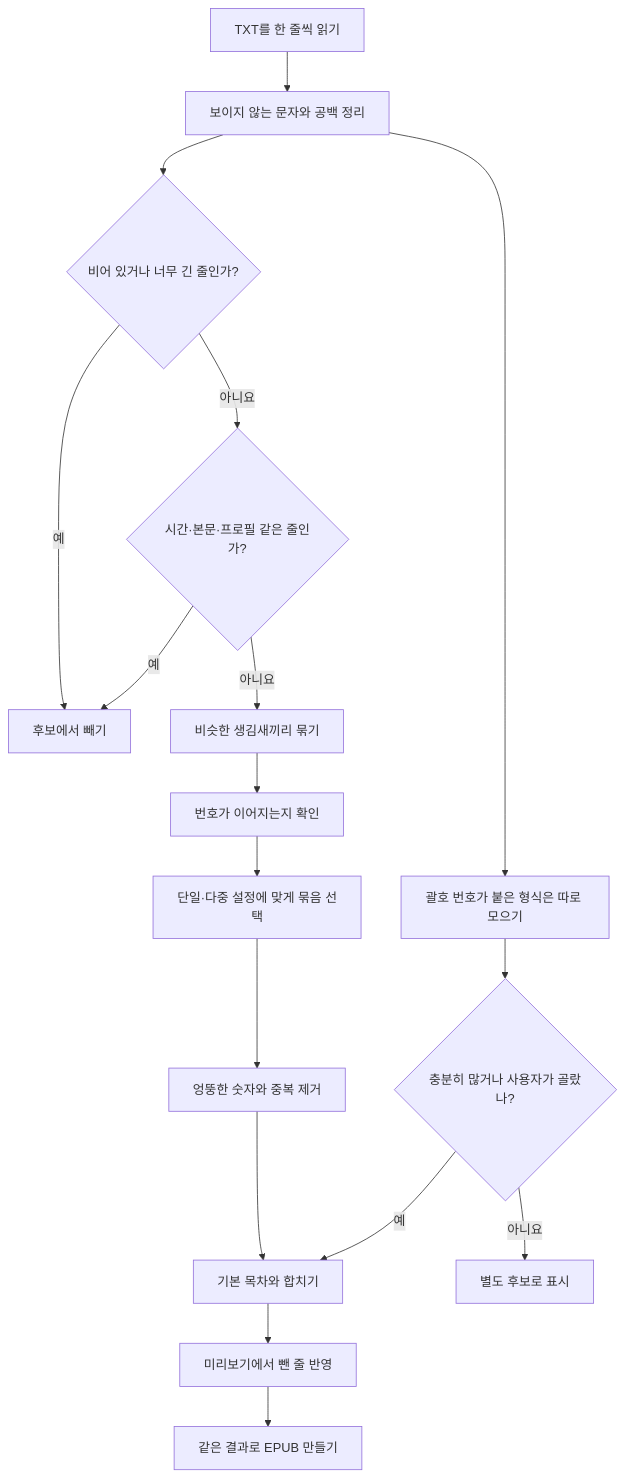
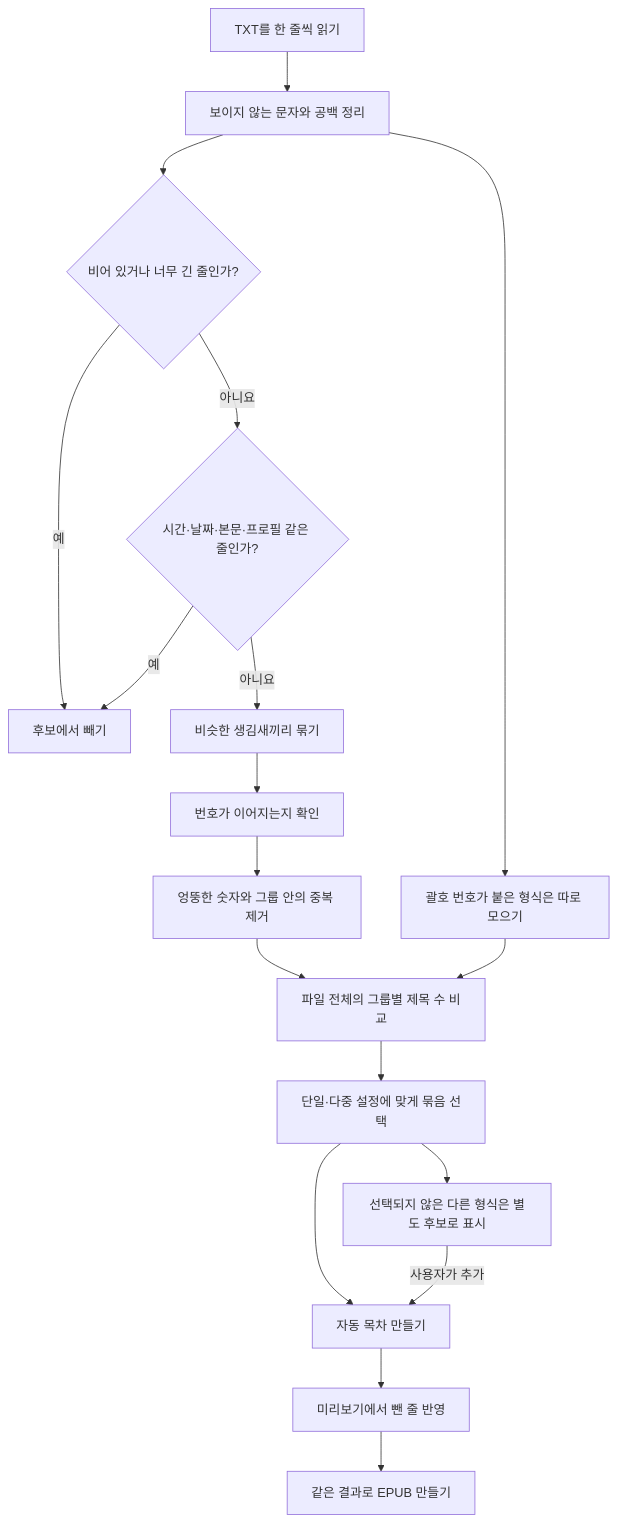
One commit to navyvyvy/epub-studio changed the diagram in PARSER_GUIDE.md. Above: the diagram before and after it, drawn with Mermaid. The commit also changed other lines of this file and 4 other files, not shown here.

````diff
--- a/PARSER_GUIDE.md
+++ b/PARSER_GUIDE.md
@@ -21,20 +21,21 @@
 ```mermaid
 flowchart TD
     A[TXT를 한 줄씩 읽기] --> B[보이지 않는 문자와 공백 정리]
     B --> C{비어 있거나 너무 긴 줄인가?}
     C -- 예 --> X[후보에서 빼기]
-    C -- 아니요 --> D{시간·본문·프로필 같은 줄인가?}
+    C -- 아니요 --> D{시간·날짜·본문·프로필 같은 줄인가?}
     D -- 예 --> X
     D -- 아니요 --> E[비슷한 생김새끼리 묶기]
     E --> F[번호가 이어지는지 확인]
-    F --> G[단일·다중 설정에 맞게 묶음 선택]
-    G --> H[엉뚱한 숫자와 중복 제거]
+    F --> H[엉뚱한 숫자와 그룹 안의 중복 제거]
+    H --> J[파일 전체의 그룹별 제목 수 비교]
 
     B --> I[괄호 번호가 붙은 형식은 따로 모으기]
-    I --> J{충분히 많거나 사용자가 골랐나?}
-    J -- 예 --> K[기본 목차와 합치기]
-    J -- 아니요 --> L[별도 후보로 표시]
-    H --> K
+    I --> J
+    J --> G[단일·다중 설정에 맞게 묶음 선택]
+    G --> K[자동 목차 만들기]
+    G --> L[선택되지 않은 다른 형식은 별도 후보로 표시]
+    L -- 사용자가 추가 --> K
     K --> M[미리보기에서 뺀 줄 반영]
     M --> N[같은 결과로 EPUB 만들기]
 ```
````
